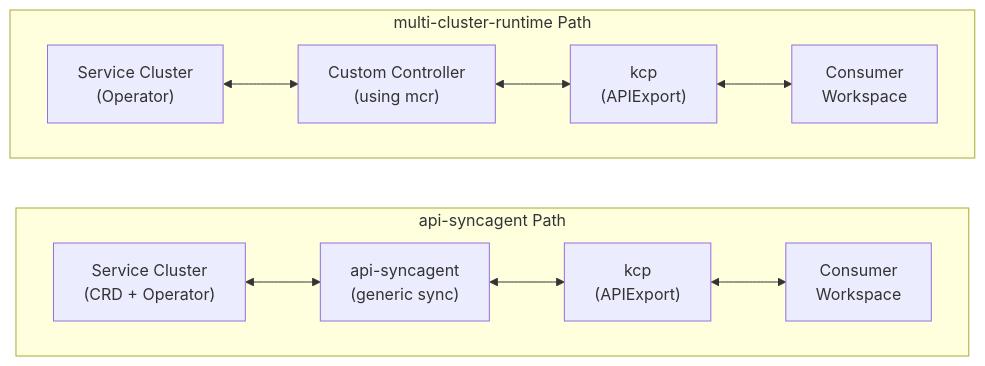
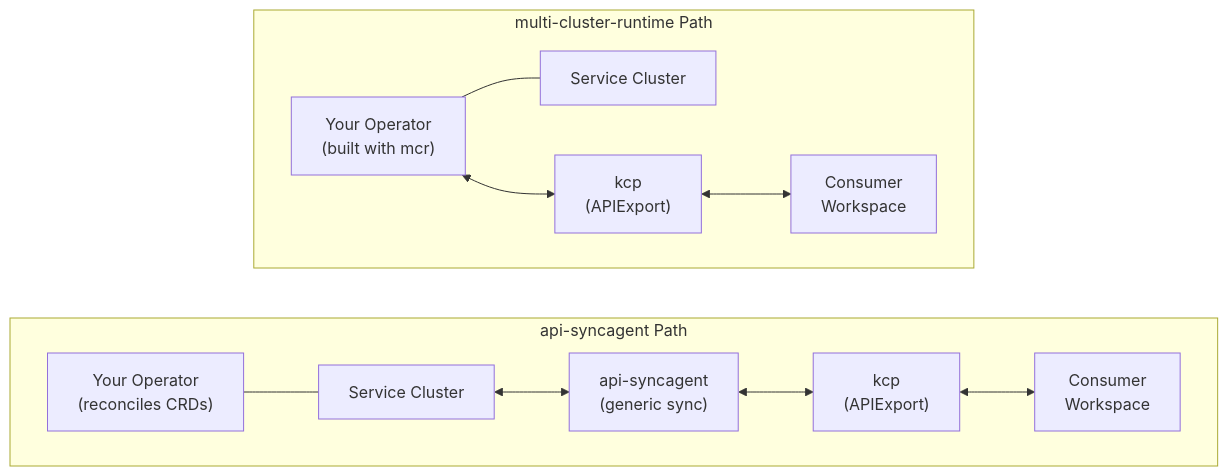
Before and after one commit to platform-mesh/platform-mesh.github.io: the second of 2 diagrams in overview/multi-cluster-runtime.md, drawn with Mermaid. The commit also changed other lines of this file and 13 other files, not shown here.

First line of the commit message:
updated with new diagramn for arch

````diff
--- a/overview/multi-cluster-runtime.md
+++ b/overview/multi-cluster-runtime.md
@@ -137,24 +137,26 @@
 ```mermaid
 flowchart LR
     subgraph syncagent["api-syncagent Path"]
         direction LR
-        SC1["Service Cluster\n(CRD + Operator)"]
-        ASA["api-syncagent\n(generic sync)"]
-        KCP1["kcp\n(APIExport)"]
-        CW1["Consumer\nWorkspace"]
+        OP1["Your Operator<br>(reconciles CRDs)"]
+        SC1["Service Cluster"]
+        ASA["api-syncagent<br>(generic sync)"]
+        KCP1["kcp<br>(APIExport)"]
+        CW1["Consumer<br>Workspace"]
+        OP1 --- SC1
         SC1 <--> ASA
         ASA <--> KCP1
         KCP1 <--> CW1
     end
 
     subgraph mcr["multi-cluster-runtime Path"]
         direction LR
-        SC2["Service Cluster\n(Operator)"]
-        CC["Custom Controller\n(using mcr)"]
-        KCP2["kcp\n(APIExport)"]
-        CW2["Consumer\nWorkspace"]
-        SC2 <--> CC
-        CC <--> KCP2
+        OP2["Your Operator<br>(built with mcr)"]
+        SC2["Service Cluster"]
+        KCP2["kcp<br>(APIExport)"]
+        CW2["Consumer<br>Workspace"]
+        OP2 --- SC2
+        OP2 <--> KCP2
         KCP2 <--> CW2
     end
 ```
````
